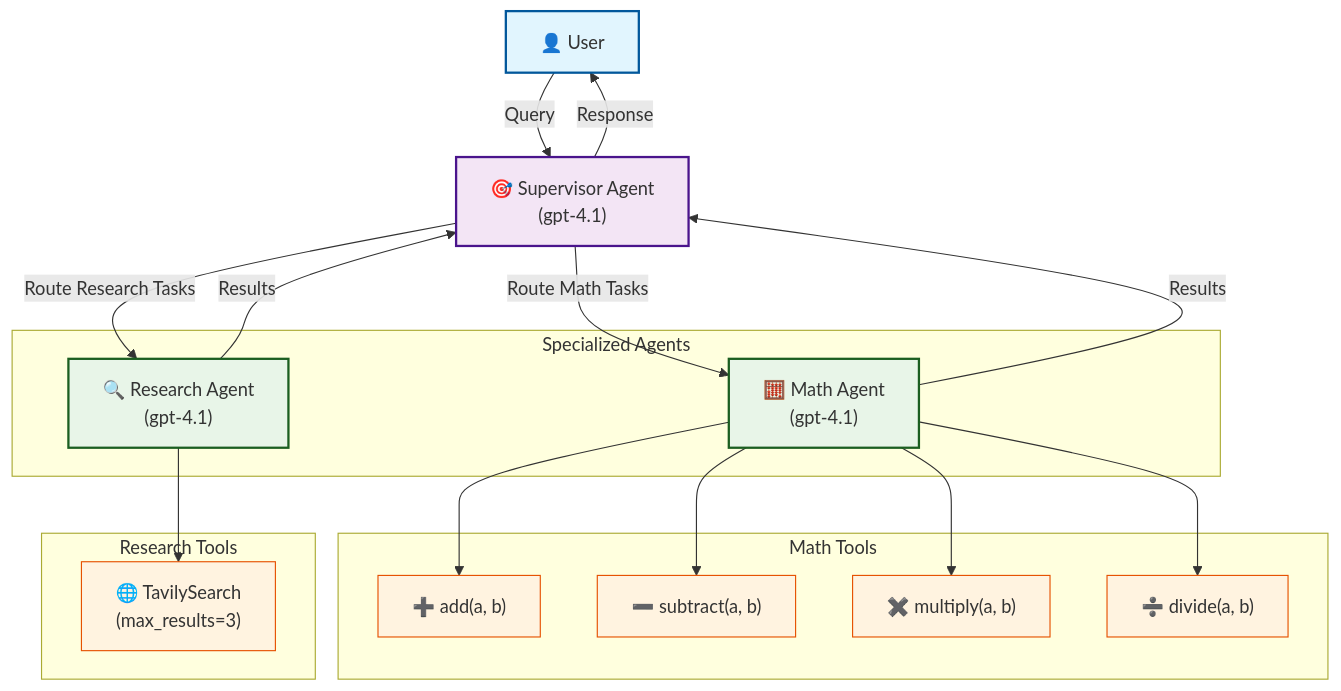
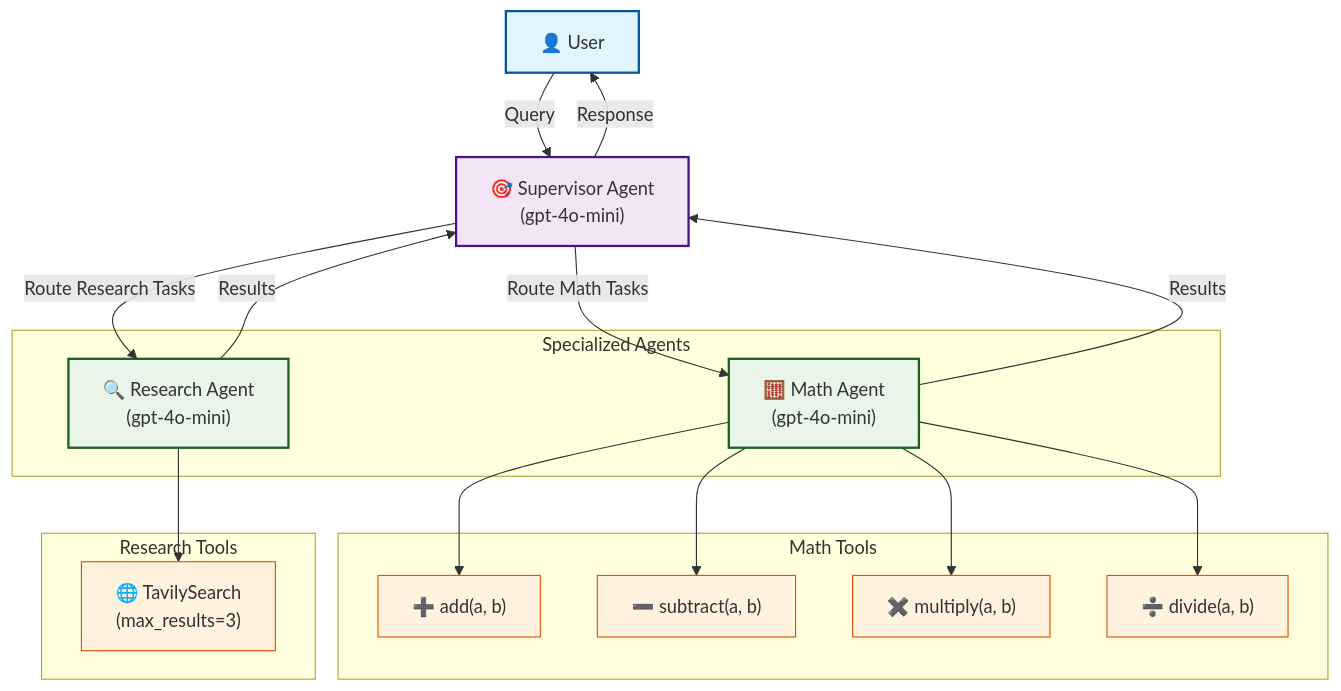
Before and after one commit to sgsharma/agent-supervisor: the diagram in README.md, drawn with Mermaid. The commit also changed other lines of this file and 14 other files, not shown here.

````diff
--- a/README.md
+++ b/README.md
@@ -16,46 +27,46 @@
 ```mermaid
 graph TB
     User["👤 User"] 
-    Supervisor["🎯 Supervisor Agent<br/>(gpt-4.1)"]
+    Supervisor["🎯 Supervisor Agent<br/>(gpt-4o-mini)"]
     
     subgraph "Specialized Agents"
-        MathAgent["🧮 Math Agent<br/>(gpt-4.1)"]
-        ResearchAgent["🔍 Research Agent<br/>(gpt-4.1)"]
+        MathAgent["🧮 Math Agent<br/>(gpt-4o-mini)"]
+        ResearchAgent["🔍 Research Agent<br/>(gpt-4o-mini)"]
     end
     
     subgraph "Math Tools"
         Add["➕ add(a, b)"]
         Subtract["➖ subtract(a, b)"] 
         Multiply["✖️ multiply(a, b)"]
         Divide["➗ divide(a, b)"]
     end
     
     subgraph "Research Tools"
         WebSearch["🌐 TavilySearch<br/>(max_results=3)"]
     end
     
     User -->|"Query"| Supervisor
     Supervisor -->|"Route Math Tasks"| MathAgent
     Supervisor -->|"Route Research Tasks"| ResearchAgent
     
     MathAgent --> Add
     MathAgent --> Subtract  
     MathAgent --> Multiply
     MathAgent --> Divide
     
     ResearchAgent --> WebSearch
     
     MathAgent -->|"Results"| Supervisor
     ResearchAgent -->|"Results"| Supervisor
     Supervisor -->|"Response"| User
     
     classDef userClass fill:#e1f5fe,stroke:#01579b,stroke-width:2px
     classDef supervisorClass fill:#f3e5f5,stroke:#4a148c,stroke-width:2px
     classDef agentClass fill:#e8f5e8,stroke:#1b5e20,stroke-width:2px
     classDef toolClass fill:#fff3e0,stroke:#e65100,stroke-width:1px
     
     class User userClass
     class Supervisor supervisorClass
     class MathAgent,ResearchAgent agentClass
     class Add,Subtract,Multiply,Divide,WebSearch toolClass
 ```
````
